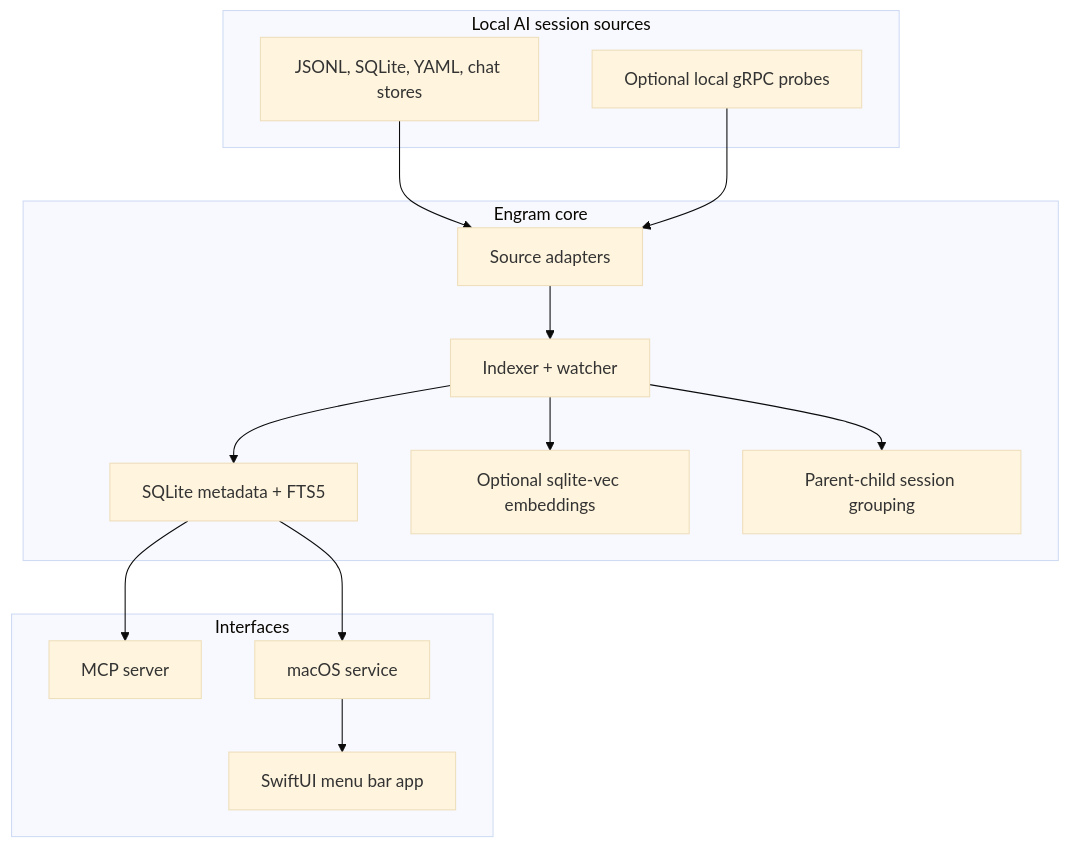
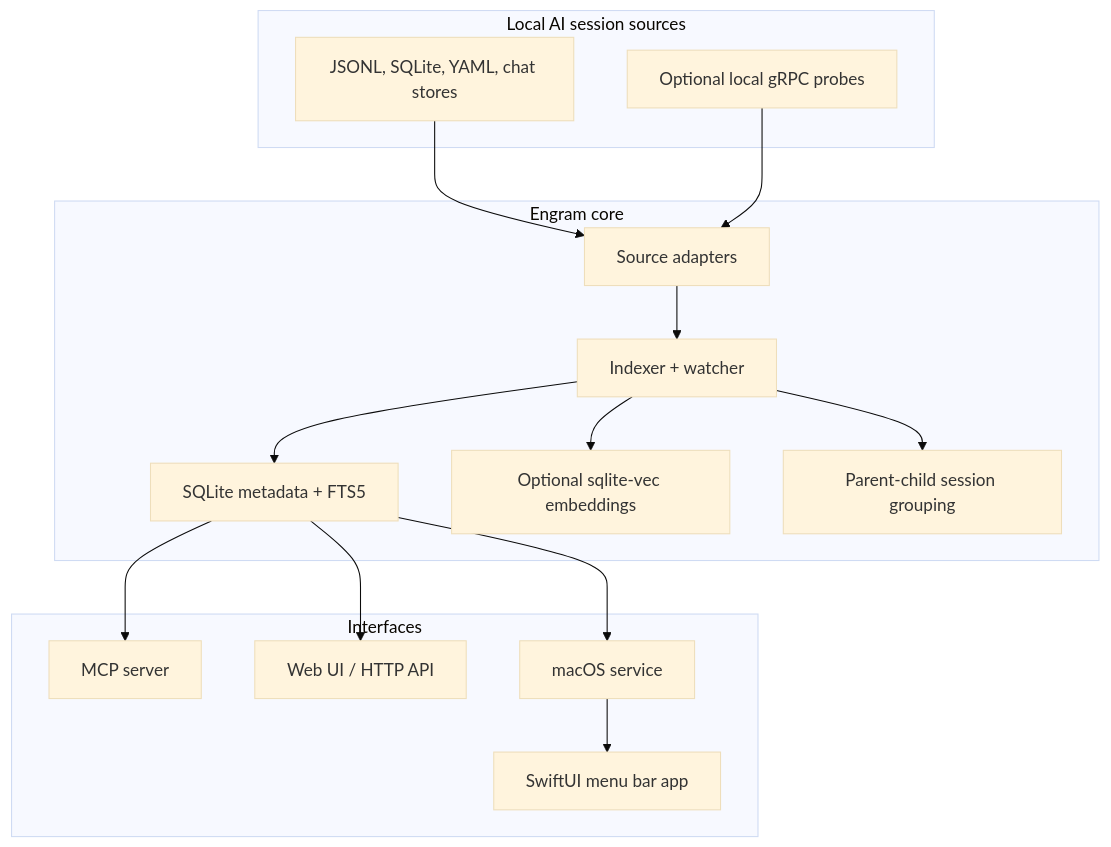
One commit to bbingz/engram changed the second of 2 diagrams in README.md. Above: the diagram before and after it, drawn with Mermaid (base theme). The commit also changed other lines of this file and 2 other files, not shown here.

Commit message:
docs: document web and pi support

````diff
--- a/README.md
+++ b/README.md
@@ -148,31 +201,33 @@
 ```mermaid
 flowchart TB
   subgraph Inputs["Local AI session sources"]
     files["JSONL, SQLite, YAML, chat stores"]
     grpc["Optional local gRPC probes"]
   end
 
   subgraph Core["Engram core"]
     adapters["Source adapters"]
     indexer["Indexer + watcher"]
     db["SQLite metadata + FTS5"]
     vec["Optional sqlite-vec embeddings"]
     parent["Parent-child session grouping"]
   end
 
   subgraph Interfaces["Interfaces"]
     mcp["MCP server"]
+    web["Web UI / HTTP API"]
     service["macOS service"]
     ui["SwiftUI menu bar app"]
   end
 
   files --> adapters
   grpc --> adapters
   adapters --> indexer
   indexer --> db
   indexer --> vec
   indexer --> parent
   db --> mcp
+  db --> web
   db --> service
   service --> ui
 ```
````
